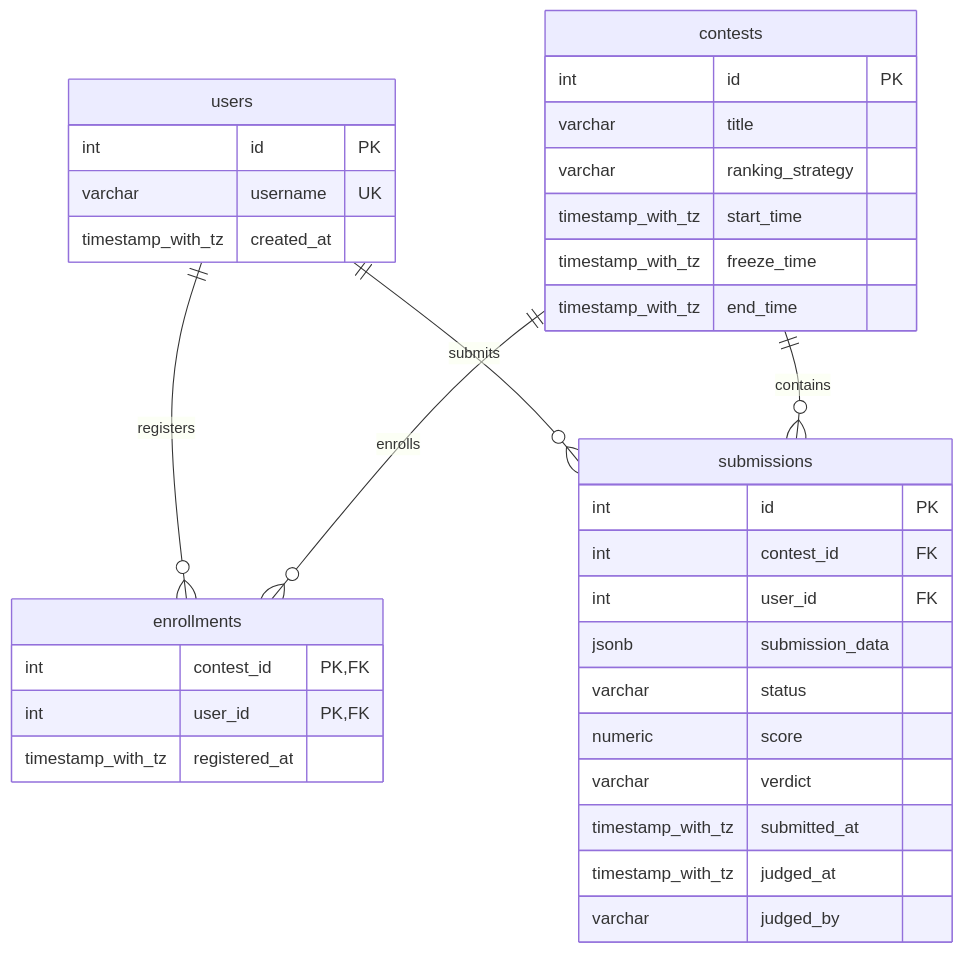
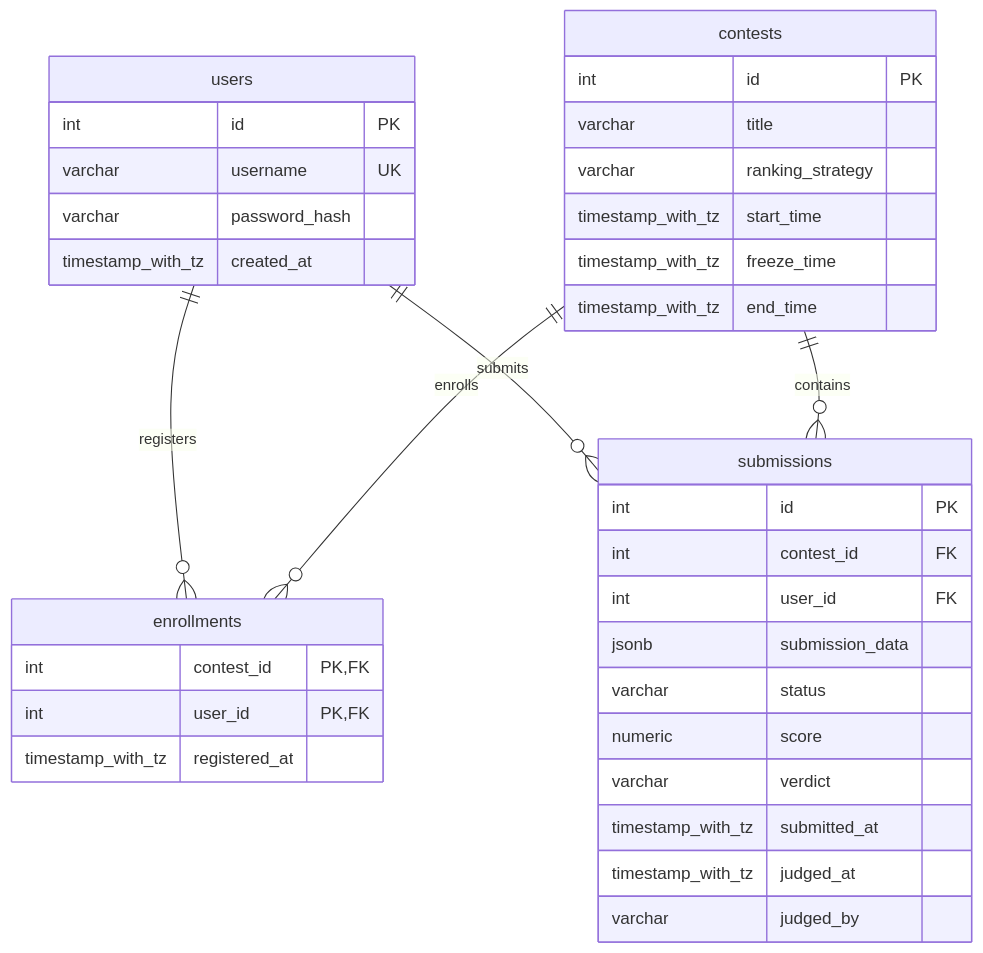
One commit to safwansatil/contestDb changed the second of 2 diagrams in docs/architecture_and_erd.md. Above: the diagram before and after it, drawn with Mermaid. The commit also changed other lines of this file and 10 other files, not shown here.

````diff
--- a/docs/architecture_and_erd.md
+++ b/docs/architecture_and_erd.md
@@ -38,41 +39,42 @@
 ```mermaid
 erDiagram
     users {
         int id PK
         varchar username UK
+        varchar password_hash
         timestamp_with_tz created_at
     }
 
     contests {
         int id PK
         varchar title
         varchar ranking_strategy
         timestamp_with_tz start_time
         timestamp_with_tz freeze_time
         timestamp_with_tz end_time
     }
 
     enrollments {
         int contest_id PK,FK
         int user_id PK,FK
         timestamp_with_tz registered_at
     }
 
     submissions {
         int id PK
         int contest_id FK
         int user_id FK
         jsonb submission_data
         varchar status
         numeric score
         varchar verdict
         timestamp_with_tz submitted_at
         timestamp_with_tz judged_at
         varchar judged_by
     }
 
     users ||--o{ enrollments : "registers"
     contests ||--o{ enrollments : "enrolls"
     users ||--o{ submissions : "submits"
     contests ||--o{ submissions : "contains"
 ```
````
